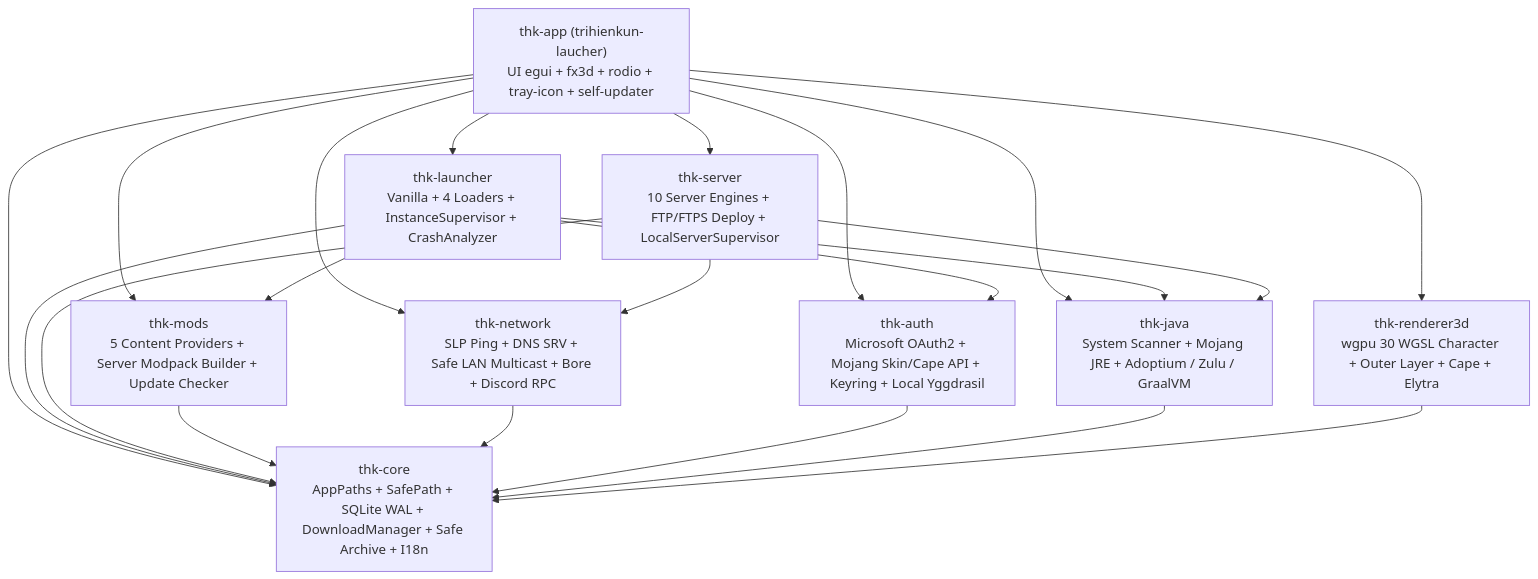
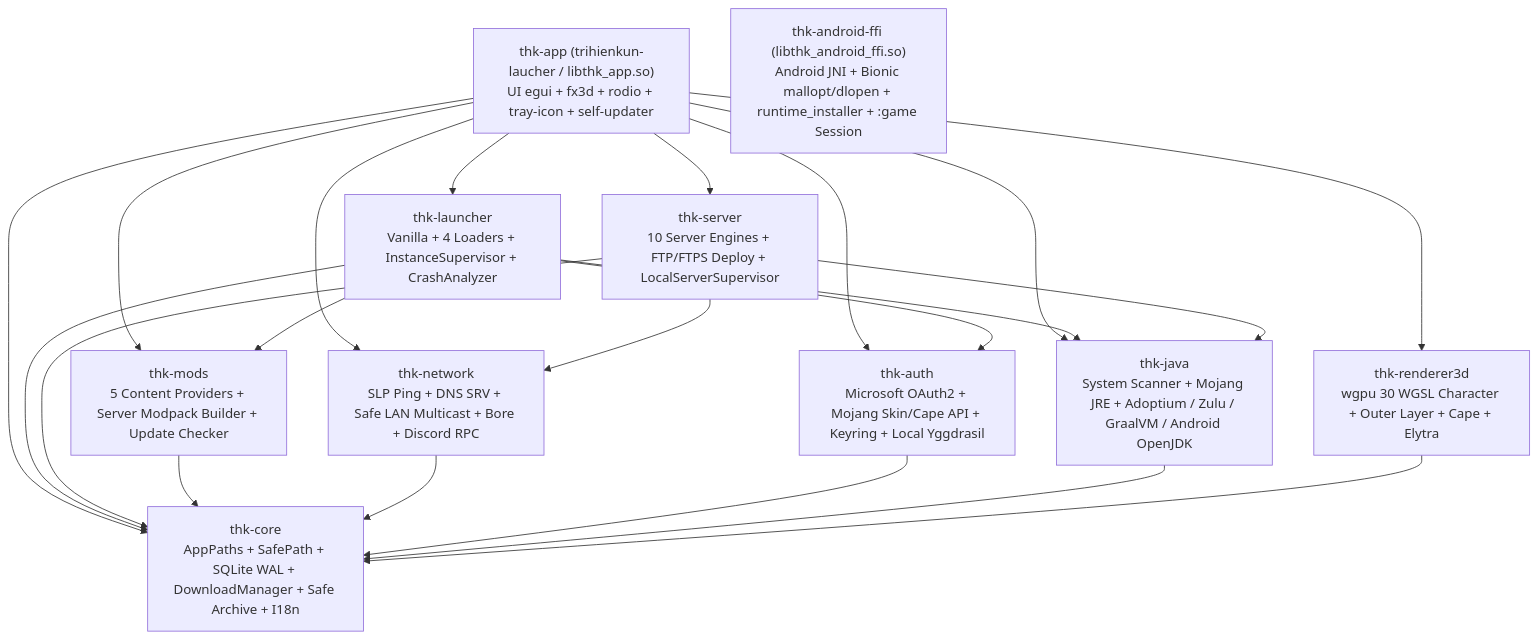
Before and after one commit to PhamTriHien/TriHienKun_Laucher: the first of 2 diagrams in docs/ARCHITECTURE.md, drawn with Mermaid. The commit also changed other lines of this file and 32 other files, not shown here.

Commit message:
refactor(android): migrate native bridge and Bionic JVM shim to pure Rust (thk-android-ffi)

````diff
--- a/docs/ARCHITECTURE.md
+++ b/docs/ARCHITECTURE.md
@@ -21,36 +21,37 @@
 ```mermaid
 flowchart TD
-    APP["thk-app (trihienkun-laucher)\nUI egui + fx3d + rodio + tray-icon + self-updater"]
+    APP["thk-app (trihienkun-laucher / libthk_app.so)\nUI egui + fx3d + rodio + tray-icon + self-updater"]
     LAUNCHER["thk-launcher\nVanilla + 4 Loaders + InstanceSupervisor + CrashAnalyzer"]
     SERVER["thk-server\n10 Server Engines + FTP/FTPS Deploy + LocalServerSupervisor"]
     MODS["thk-mods\n5 Content Providers + Server Modpack Builder + Update Checker"]
     NETWORK["thk-network\nSLP Ping + DNS SRV + Safe LAN Multicast + Bore + Discord RPC"]
     AUTH["thk-auth\nMicrosoft OAuth2 + Mojang Skin/Cape API + Keyring + Local Yggdrasil"]
-    JAVA["thk-java\nSystem Scanner + Mojang JRE + Adoptium / Zulu / GraalVM"]
+    JAVA["thk-java\nSystem Scanner + Mojang JRE + Adoptium / Zulu / GraalVM / Android OpenJDK"]
     RENDERER["thk-renderer3d\nwgpu 30 WGSL Character + Outer Layer + Cape + Elytra"]
     CORE["thk-core\nAppPaths + SafePath + SQLite WAL + DownloadManager + Safe Archive + I18n"]
+    FFI["thk-android-ffi (libthk_android_ffi.so)\nAndroid JNI + Bionic mallopt/dlopen + runtime_installer + :game Session"]
 
     APP --> LAUNCHER
     APP --> SERVER
     APP --> MODS
     APP --> NETWORK
     APP --> AUTH
     APP --> JAVA
     APP --> RENDERER
     APP --> CORE
 
     LAUNCHER --> AUTH
     LAUNCHER --> JAVA
     LAUNCHER --> MODS
     LAUNCHER --> CORE
 
     SERVER --> JAVA
     SERVER --> NETWORK
     SERVER --> CORE
 
     MODS --> CORE
     NETWORK --> CORE
     AUTH --> CORE
     JAVA --> CORE
     RENDERER --> CORE
 ```
````
